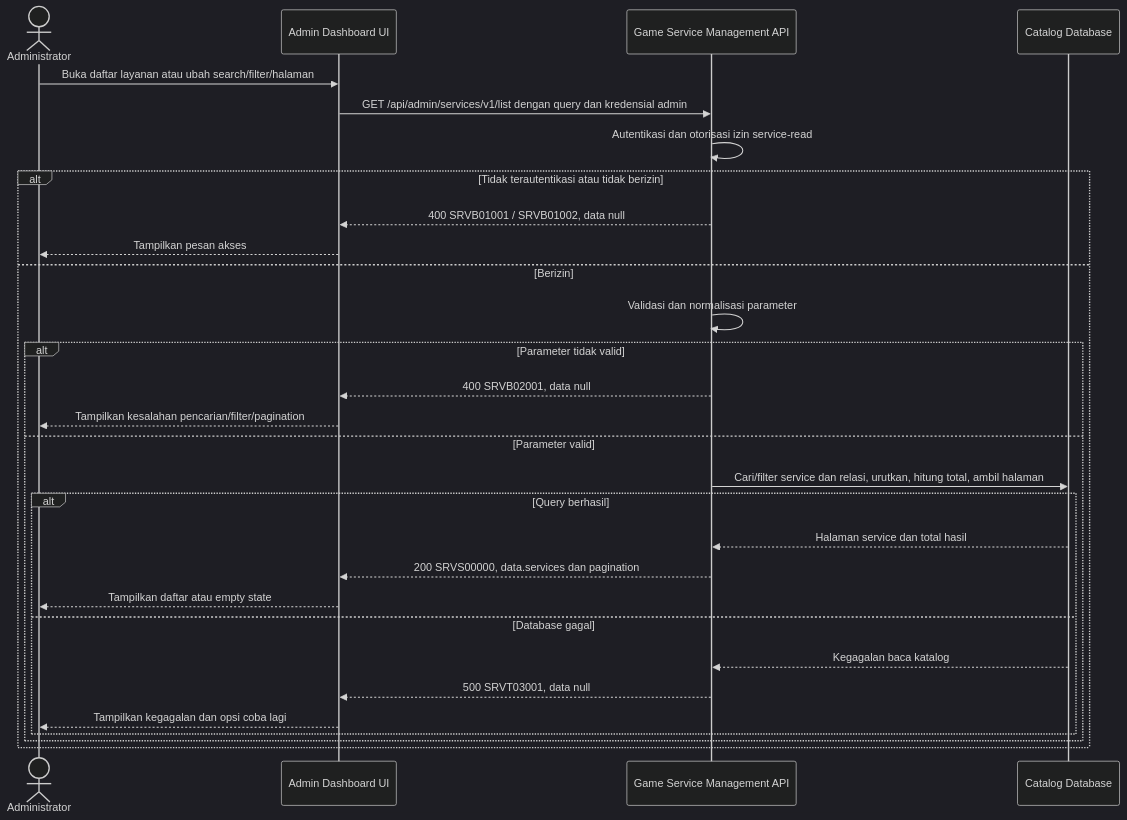
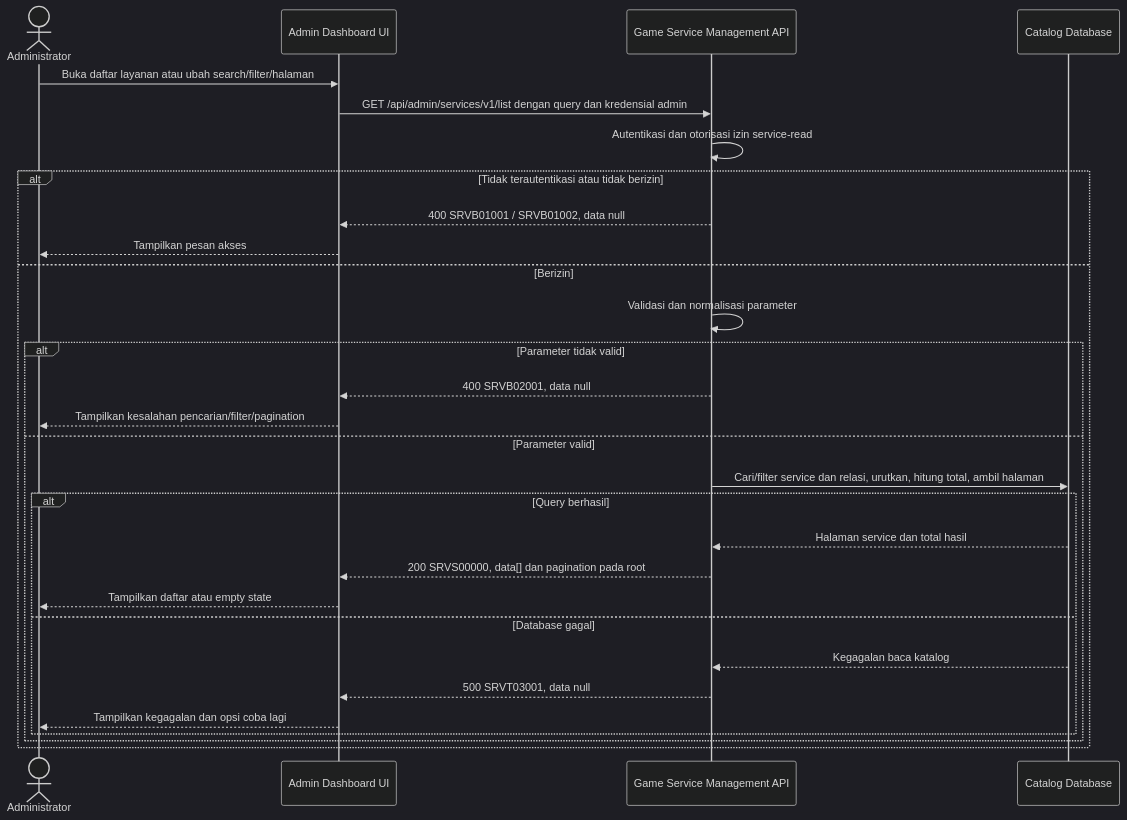
The diagram in sprint-2/solutioning/dashboard/services/get-list-services.md (fatihmuhamadridho/docs-game-service-platform), drawn with Mermaid (dark theme) before and after one commit. The commit also changed other lines of this file and 65 other files, not shown here.

````diff
--- a/sprint-2/solutioning/dashboard/services/get-list-services.md
+++ b/sprint-2/solutioning/dashboard/services/get-list-services.md
@@ -14,31 +16,31 @@
 ```mermaid
 sequenceDiagram
     actor Admin as Administrator
     participant UI as Admin Dashboard UI
     participant API as Game Service Management API
     participant DB as Catalog Database
     Admin->>UI: Buka daftar layanan atau ubah search/filter/halaman
     UI->>API: GET /api/admin/services/v1/list dengan query dan kredensial admin
     API->>API: Autentikasi dan otorisasi izin service-read
     alt Tidak terautentikasi atau tidak berizin
         API-->>UI: 400 SRVB01001 / SRVB01002, data null
         UI-->>Admin: Tampilkan pesan akses
     else Berizin
         API->>API: Validasi dan normalisasi parameter
         alt Parameter tidak valid
             API-->>UI: 400 SRVB02001, data null
             UI-->>Admin: Tampilkan kesalahan pencarian/filter/pagination
         else Parameter valid
             API->>DB: Cari/filter service dan relasi, urutkan, hitung total, ambil halaman
             alt Query berhasil
                 DB-->>API: Halaman service dan total hasil
-                API-->>UI: 200 SRVS00000, data.services dan pagination
+                API-->>UI: 200 SRVS00000, data[] dan pagination pada root
                 UI-->>Admin: Tampilkan daftar atau empty state
             else Database gagal
                 DB-->>API: Kegagalan baca katalog
                 API-->>UI: 500 SRVT03001, data null
                 UI-->>Admin: Tampilkan kegagalan dan opsi coba lagi
             end
         end
     end
 ```
````
